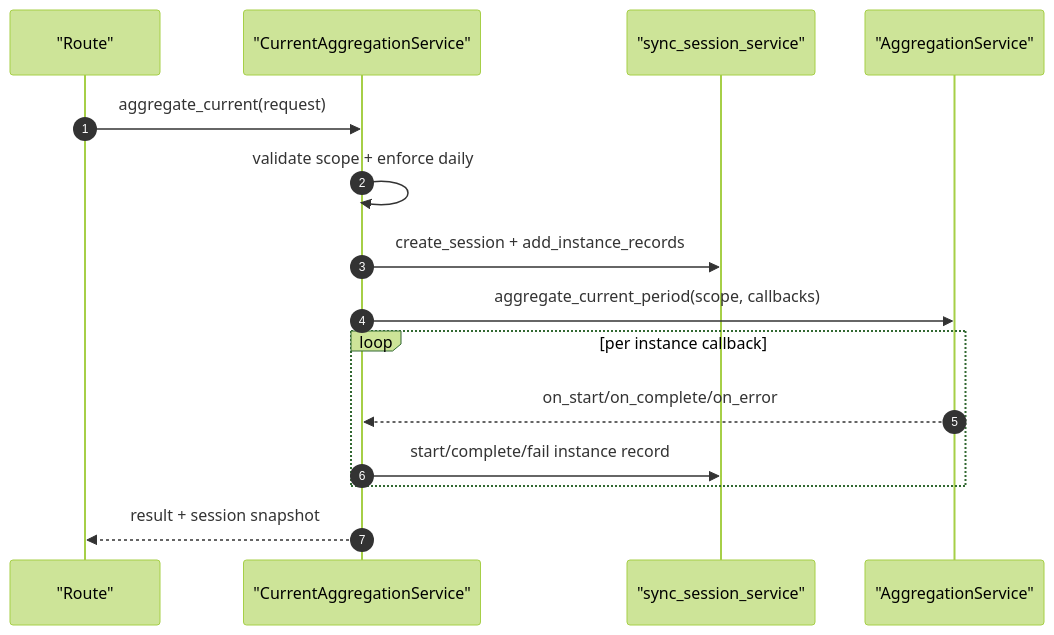
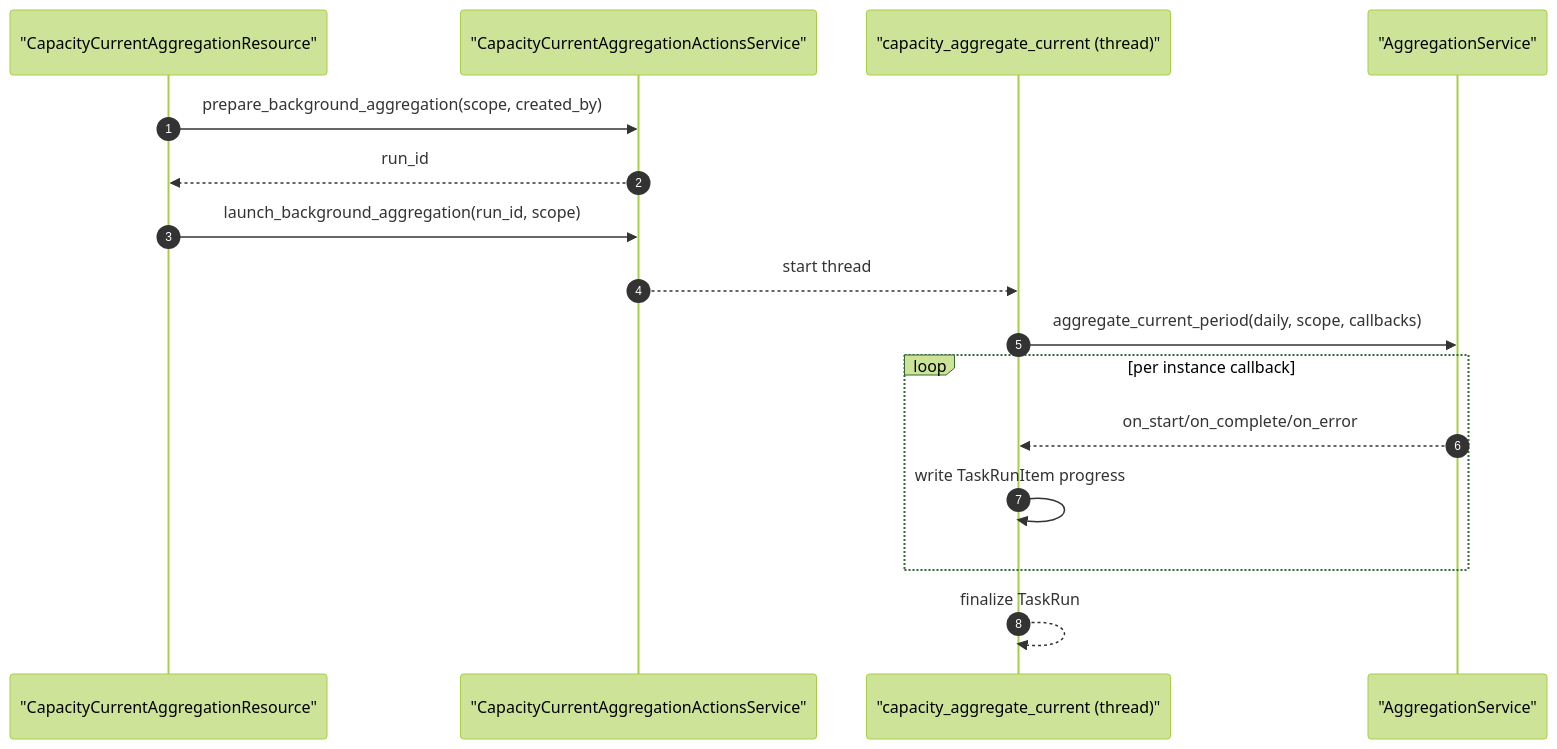
Before and after one commit to nyealovey/WhaleFall: the second of 2 diagrams in docs/Obsidian/reference/service/capacity-current-aggregation-service.md, drawn with Mermaid (forest theme). The commit also changed other lines of this file and 42 other files, not shown here.

````diff
--- a/docs/Obsidian/reference/service/capacity-current-aggregation-service.md
+++ b/docs/Obsidian/reference/service/capacity-current-aggregation-service.md
@@ -73,18 +75,19 @@
 ```mermaid
 sequenceDiagram
     autonumber
-    participant Route as "Route"
-    participant Svc as "CurrentAggregationService"
-    participant Session as "sync_session_service"
+    participant API as "CapacityCurrentAggregationResource"
+    participant Act as "CapacityCurrentAggregationActionsService"
+    participant Task as "capacity_aggregate_current (thread)"
     participant Agg as "AggregationService"
 
-    Route->>Svc: aggregate_current(request)
-    Svc->>Svc: validate scope + enforce daily
-    Svc->>Session: create_session + add_instance_records
-    Svc->>Agg: aggregate_current_period(scope, callbacks)
+    API->>Act: prepare_background_aggregation(scope, created_by)
+    Act-->>API: run_id
+    API->>Act: launch_background_aggregation(run_id, scope)
+    Act-->>Task: start thread
+    Task->>Agg: aggregate_current_period(daily, scope, callbacks)
     loop per instance callback
-        Agg-->>Svc: on_start/on_complete/on_error
-        Svc->>Session: start/complete/fail instance record
+        Agg-->>Task: on_start/on_complete/on_error
+        Task->>Task: write TaskRunItem progress
     end
-    Svc-->>Route: result + session snapshot
+    Task-->>Task: finalize TaskRun
 ```
````
